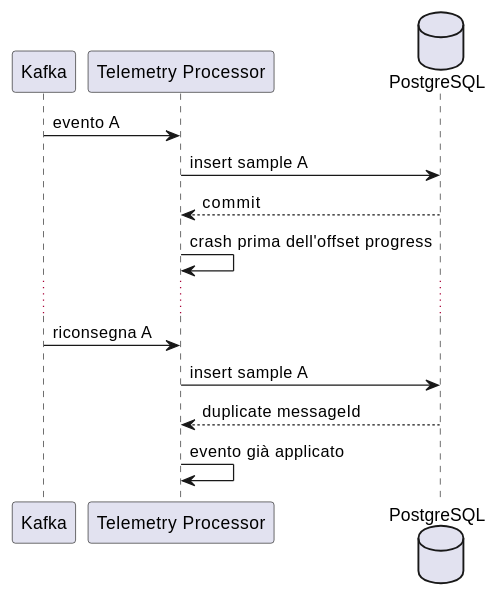
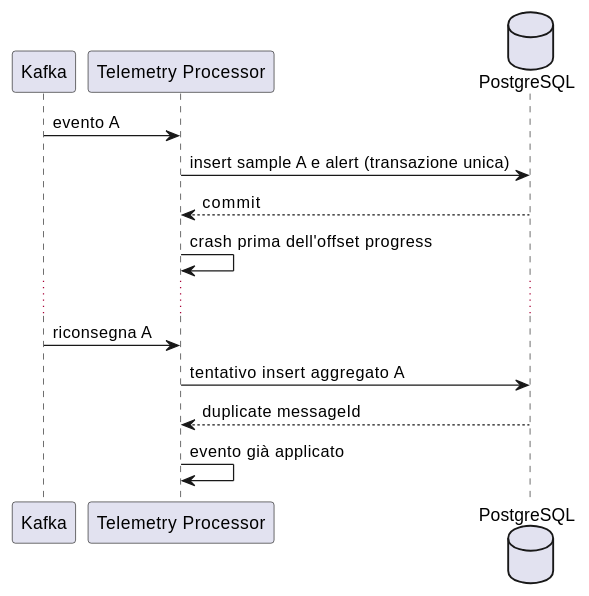
The diagram in docs/10_AFFIDABILITA_E_GUASTI.md (val3riot/FleetPulse), drawn with PlantUML before and after one commit. The commit also changed other lines of this file and 5 other files, not shown here.

````diff
--- a/docs/10_AFFIDABILITA_E_GUASTI.md
+++ b/docs/10_AFFIDABILITA_E_GUASTI.md
@@ -102,17 +102,17 @@
 ```plantuml
 @startuml
 participant Kafka
 participant "Telemetry Processor" as Processor
 database PostgreSQL
 
 Kafka -> Processor : evento A
-Processor -> PostgreSQL : insert sample A
+Processor -> PostgreSQL : insert sample A e alert (transazione unica)
 PostgreSQL --> Processor : commit
 Processor -> Processor : crash prima dell'offset progress
 ...
 Kafka -> Processor : riconsegna A
-Processor -> PostgreSQL : insert sample A
+Processor -> PostgreSQL : tentativo insert aggregato A
 PostgreSQL --> Processor : duplicate messageId
 Processor -> Processor : evento già applicato
 @enduml
 ```
````
